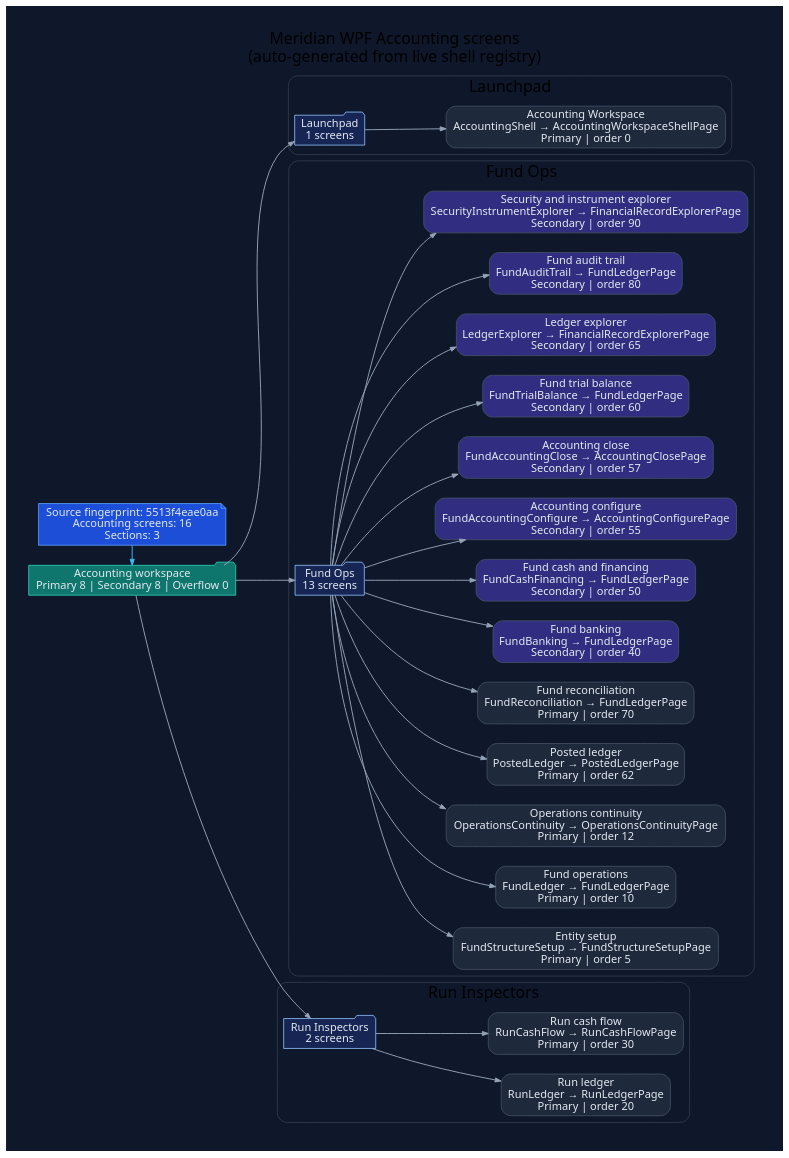
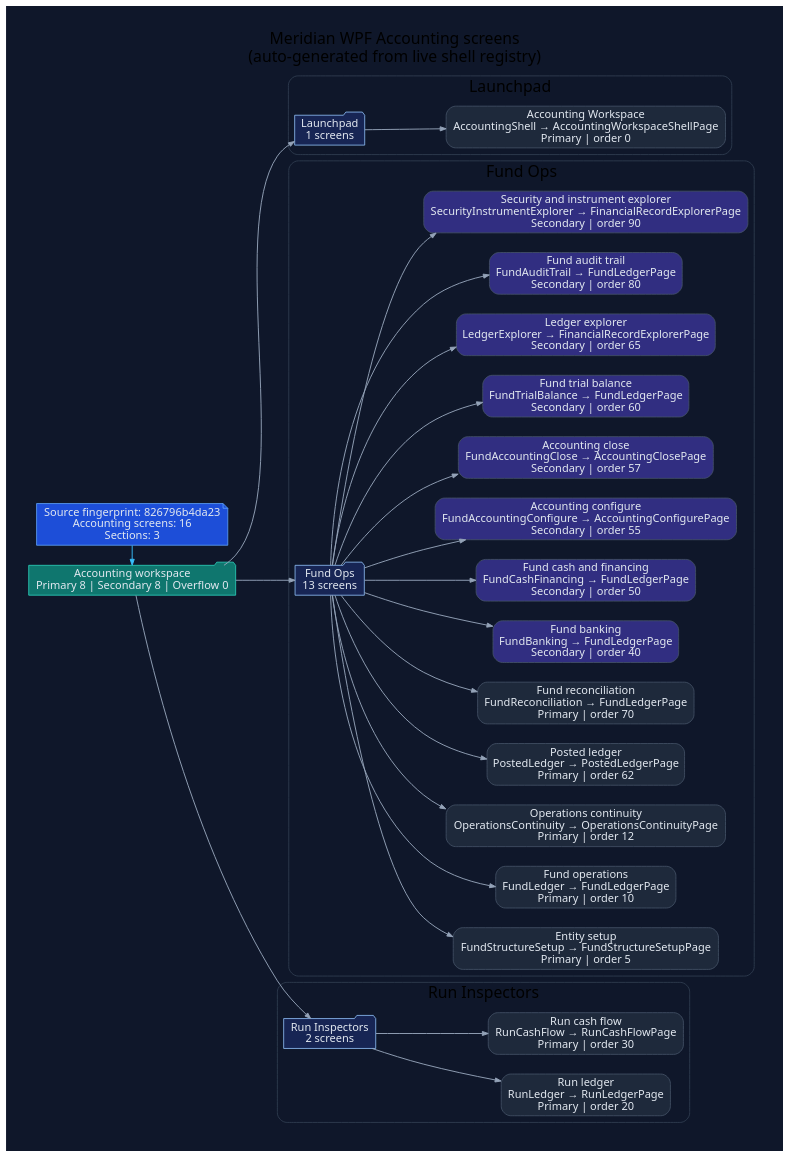
Before and after one commit to rodoHasArrived/Meridian-main: the diagram in docs/diagrams/ui-wpf-screens-accounting.dot, drawn with Graphviz. The commit also changed 54 other files, not shown here.

```diff
--- a/docs/diagrams/ui-wpf-screens-accounting.dot
+++ b/docs/diagrams/ui-wpf-screens-accounting.dot
@@ -1,82 +1,82 @@
 // -----------------------------------------------------------------------------
 // <auto-generated>
 // Generated by scripts/generate-diagrams.mjs.
 // Do not edit this file directly; update the WPF source files instead.
 // -----------------------------------------------------------------------------
 digraph WpfAccountingScreens {
   graph [
     rankdir=LR,
     labelloc=t,
     label="Meridian WPF Accounting screens\n(auto-generated from live shell registry)",
     fontname="Segoe UI",
     fontsize=20,
     pad=0.4,
     nodesep=0.35,
     ranksep=0.85,
     bgcolor="#0f172a"
   ];
   node [fontname="Segoe UI", shape=box, style="rounded,filled", color="#475569", fontcolor="#e2e8f0", fillcolor="#1e293b"];
   edge [fontname="Segoe UI", color="#94a3b8", penwidth=1.2, arrowsize=0.75];
 
-  generated [shape=note, fillcolor="#1d4ed8", color="#60a5fa", label="Source fingerprint: 5513f4eae0aa\nAccounting screens: 16\nSections: 3"];
+  generated [shape=note, fillcolor="#1d4ed8", color="#60a5fa", label="Source fingerprint: 826796b4da23\nAccounting screens: 16\nSections: 3"];
   workspace [shape=folder, fillcolor="#0f766e", color="#2dd4bf", label="Accounting workspace\nPrimary 8 | Secondary 8 | Overflow 0"];
   generated -> workspace [color="#38bdf8"];
 
   subgraph cluster_section_1 {
     label="Launchpad";
     color="#334155";
     style="rounded";
     section_1 [shape=folder, fillcolor="#172554", color="#93c5fd", label="Launchpad\n1 screens"];
     workspace -> section_1;
     screen_AccountingShell [fillcolor="#1e293b", label="Accounting Workspace\nAccountingShell → AccountingWorkspaceShellPage\nPrimary | order 0"];
     section_1 -> screen_AccountingShell;
   }
 
   subgraph cluster_section_2 {
     label="Fund Ops";
     color="#334155";
     style="rounded";
     section_2 [shape=folder, fillcolor="#172554", color="#93c5fd", label="Fund Ops\n13 screens"];
     workspace -> section_2;
     screen_FundStructureSetup [fillcolor="#1e293b", label="Entity setup\nFundStructureSetup → FundStructureSetupPage\nPrimary | order 5"];
     section_2 -> screen_FundStructureSetup;
     screen_FundLedger [fillcolor="#1e293b", label="Fund operations\nFundLedger → FundLedgerPage\nPrimary | order 10"];
     section_2 -> screen_FundLedger;
     screen_OperationsContinuity [fillcolor="#1e293b", label="Operations continuity\nOperationsContinuity → OperationsContinuityPage\nPrimary | order 12"];
     section_2 -> screen_OperationsContinuity;
     screen_PostedLedger [fillcolor="#1e293b", label="Posted ledger\nPostedLedger → PostedLedgerPage\nPrimary | order 62"];
     section_2 -> screen_PostedLedger;
     screen_FundReconciliation [fillcolor="#1e293b", label="Fund reconciliation\nFundReconciliation → FundLedgerPage\nPrimary | order 70"];
     section_2 -> screen_FundReconciliation;
     screen_FundBanking [fillcolor="#312e81", label="Fund banking\nFundBanking → FundLedgerPage\nSecondary | order 40"];
     section_2 -> screen_FundBanking;
     screen_FundCashFinancing [fillcolor="#312e81", label="Fund cash and financing\nFundCashFinancing → FundLedgerPage\nSecondary | order 50"];
     section_2 -> screen_FundCashFinancing;
     screen_FundAccountingConfigure [fillcolor="#312e81", label="Accounting configure\nFundAccountingConfigure → AccountingConfigurePage\nSecondary | order 55"];
     section_2 -> screen_FundAccountingConfigure;
     screen_FundAccountingClose [fillcolor="#312e81", label="Accounting close\nFundAccountingClose → AccountingClosePage\nSecondary | order 57"];
     section_2 -> screen_FundAccountingClose;
     screen_FundTrialBalance [fillcolor="#312e81", label="Fund trial balance\nFundTrialBalance → FundLedgerPage\nSecondary | order 60"];
     section_2 -> screen_FundTrialBalance;
     screen_LedgerExplorer [fillcolor="#312e81", label="Ledger explorer\nLedgerExplorer → FinancialRecordExplorerPage\nSecondary | order 65"];
     section_2 -> screen_LedgerExplorer;
     screen_FundAuditTrail [fillcolor="#312e81", label="Fund audit trail\nFundAuditTrail → FundLedgerPage\nSecondary | order 80"];
     section_2 -> screen_FundAuditTrail;
     screen_SecurityInstrumentExplorer [fillcolor="#312e81", label="Security and instrument explorer\nSecurityInstrumentExplorer → FinancialRecordExplorerPage\nSecondary | order 90"];
     section_2 -> screen_SecurityInstrumentExplorer;
   }
 
   subgraph cluster_section_3 {
     label="Run Inspectors";
     color="#334155";
     style="rounded";
     section_3 [shape=folder, fillcolor="#172554", color="#93c5fd", label="Run Inspectors\n2 screens"];
     workspace -> section_3;
     screen_RunLedger [fillcolor="#1e293b", label="Run ledger\nRunLedger → RunLedgerPage\nPrimary | order 20"];
     section_3 -> screen_RunLedger;
     screen_RunCashFlow [fillcolor="#1e293b", label="Run cash flow\nRunCashFlow → RunCashFlowPage\nPrimary | order 30"];
     section_3 -> screen_RunCashFlow;
   }
 
   { rank=min; generated; workspace; }
 }
```
